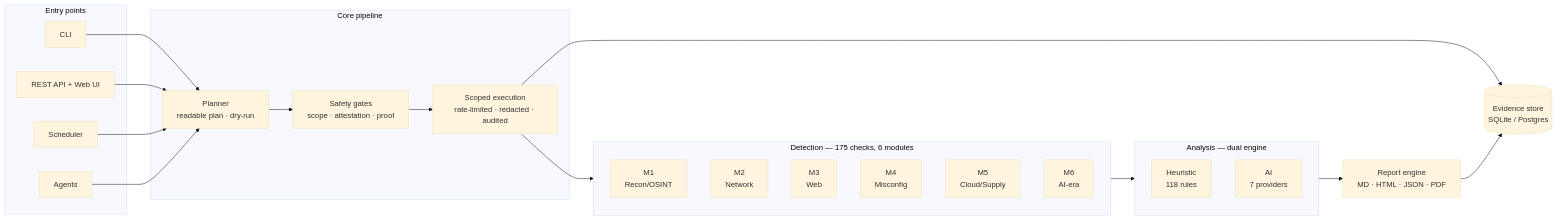
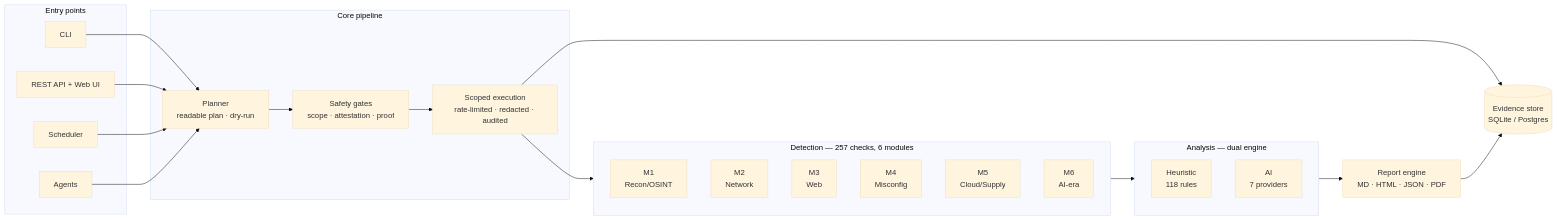
One commit to 0xFE1C/ARACHNE changed the first of 2 diagrams in README.md. Above: the diagram before and after it, drawn with Mermaid (base theme). The commit also changed other lines of this file and 18 other files, not shown here.

````diff
--- a/README.md
+++ b/README.md
@@ -60,40 +60,40 @@
 ```mermaid
 flowchart LR
     subgraph entry["Entry points"]
         CLI["CLI"]
         API["REST API + Web UI"]
         SCH["Scheduler"]
         AGT["Agents"]
     end
     subgraph pipeline["Core pipeline"]
         PLAN["Planner<br/>readable plan · dry-run"]
         GATES["Safety gates<br/>scope · attestation · proof"]
         RUN["Scoped execution<br/>rate-limited · redacted · audited"]
     end
-    subgraph modules["Detection — 175 checks, 6 modules"]
+    subgraph modules["Detection — 257 checks, 6 modules"]
         M1["M1<br/>Recon/OSINT"]
         M2["M2<br/>Network"]
         M3["M3<br/>Web"]
         M4["M4<br/>Misconfig"]
         M5["M5<br/>Cloud/Supply"]
         M6["M6<br/>AI-era"]
     end
     subgraph engines["Analysis — dual engine"]
         HEUR["Heuristic<br/>118 rules"]
         AIE["AI<br/>7 providers"]
     end
     REP["Report engine<br/>MD · HTML · JSON · PDF"]
     DB[("Evidence store<br/>SQLite / Postgres")]
 
     CLI --> PLAN
     API --> PLAN
     SCH --> PLAN
     AGT --> PLAN
     PLAN --> GATES
     GATES --> RUN
     RUN --> modules
     modules --> engines
     engines --> REP
     RUN --> DB
     REP --> DB
 ```
````
